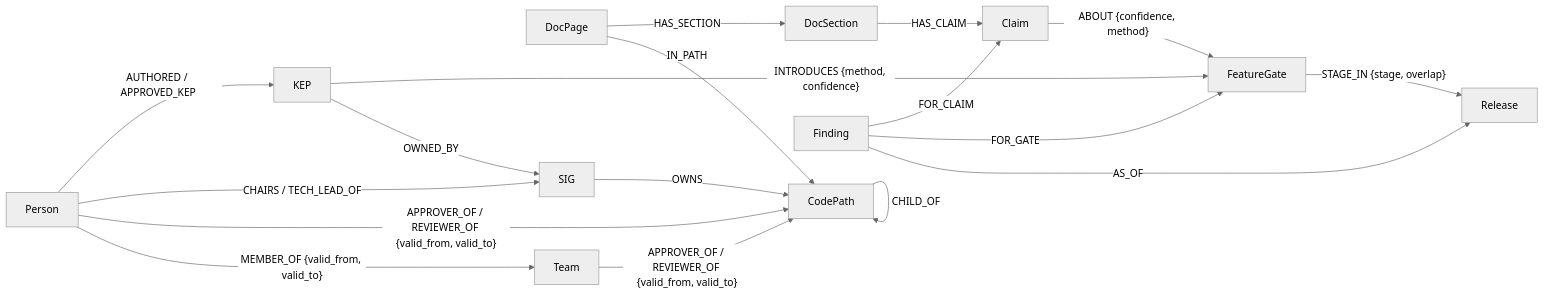
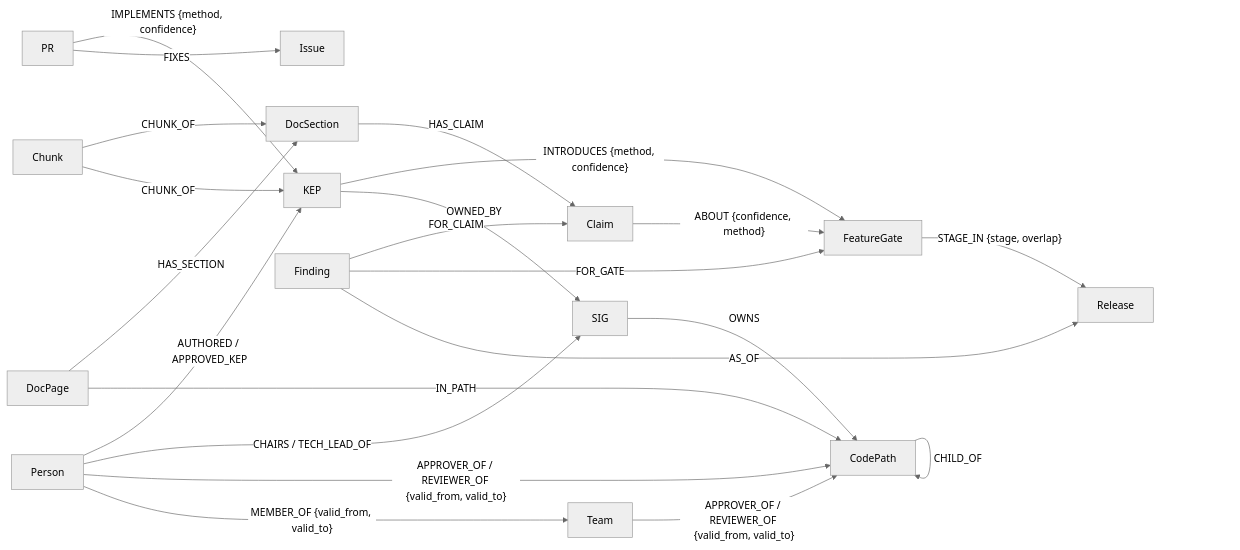
Before and after one commit to nandhithr6/Lineage: the second of 2 diagrams in README.md, drawn with Mermaid (neutral theme). The commit also changed other lines of this file and 13 other files, not shown here.

````diff
--- a/README.md
+++ b/README.md
@@ -92,20 +92,24 @@
 ```mermaid
 flowchart LR
   DocPage -- HAS_SECTION --> DocSection
   DocSection -- HAS_CLAIM --> Claim
   Claim -- "ABOUT {confidence, method}" --> FeatureGate
   FeatureGate -- "STAGE_IN {stage, overlap}" --> Release
   KEP -- "INTRODUCES {method, confidence}" --> FeatureGate
   KEP -- OWNED_BY --> SIG
   Person -- "AUTHORED / APPROVED_KEP" --> KEP
   Person -- "CHAIRS / TECH_LEAD_OF" --> SIG
   SIG -- OWNS --> CodePath
   CodePath -- CHILD_OF --> CodePath
   DocPage -- IN_PATH --> CodePath
   Person -- "APPROVER_OF / REVIEWER_OF {valid_from, valid_to}" --> CodePath
   Team -- "APPROVER_OF / REVIEWER_OF {valid_from, valid_to}" --> CodePath
   Person -- "MEMBER_OF {valid_from, valid_to}" --> Team
+  PR -- "IMPLEMENTS {method, confidence}" --> KEP
+  PR -- FIXES --> Issue
+  Chunk -- CHUNK_OF --> DocSection
+  Chunk -- CHUNK_OF --> KEP
   Finding -- FOR_CLAIM --> Claim
   Finding -- FOR_GATE --> FeatureGate
   Finding -- AS_OF --> Release
 ```
````
